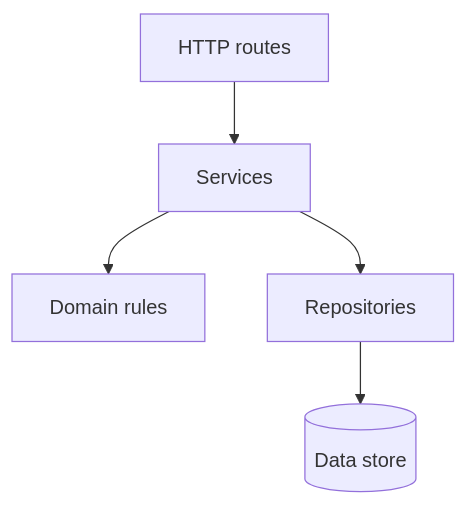
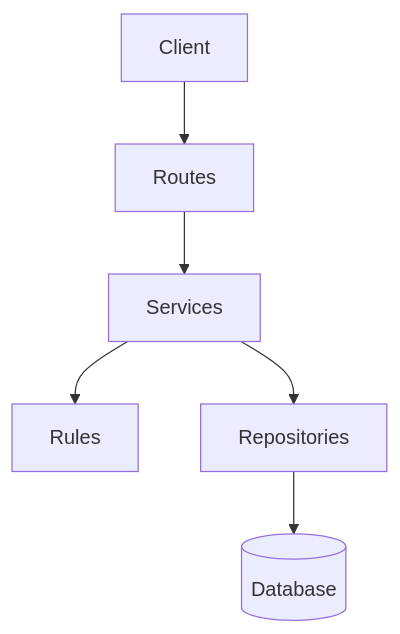
Before and after one commit to OlusolaDan/My-DSA-Capstone-Project: the first of 3 diagrams in docs/architecture.md, drawn with Mermaid. The commit also changed other lines of this file and 8 other files, not shown here.

````diff
--- a/docs/architecture.md
+++ b/docs/architecture.md
@@ -5,7 +5,8 @@
 ```mermaid
-flowchart TB
-  routes[HTTP routes] --> services[Services]
-  services --> rules[Domain rules]
-  services --> repositories[Repositories]
-  repositories --> data[(Data store)]
+flowchart TD
+  Client --> Routes
+  Routes --> Services
+  Services --> Rules
+  Services --> Repositories
+  Repositories --> Database[(Database)]
 ```
````
